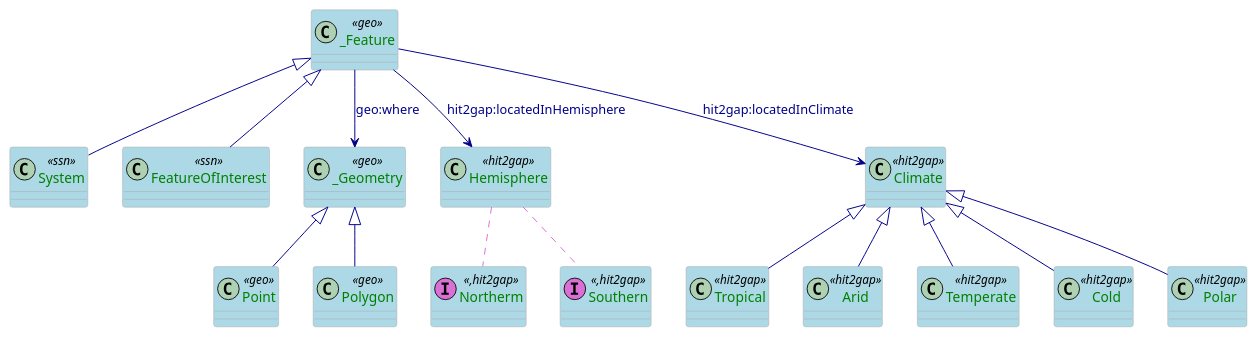
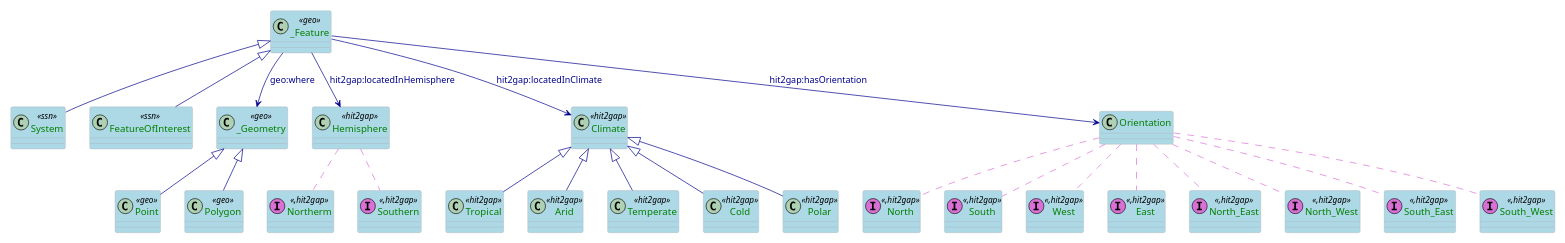
One commit to HIT2GAP-EU-PROJECT/BEMOnt changed the diagram in docs/plantuml/geo.puml. Above: the diagram before and after it, drawn with PlantUML. The commit also changed 4 other files, not shown here.

```diff
--- a/docs/plantuml/geo.puml
+++ b/docs/plantuml/geo.puml
@@ -1,58 +1,79 @@
 @startuml
+scale 0.7
 
 skinparam class {
   ArrowColor DarkBlue
   ArrowFontColor DarkBlue
   BackgroundColor LightBlue
   BorderColor DarkGrey
 }
 skinparam stereotypeCBackgroundColor Wheat
 skinparam classAttributeFontColor  Green
 
 /'
  Definition of the classes referring the SSN-core part
 '/
 class System <<ssn>>
 class FeatureOfInterest <<ssn>>
 
 /'
   Definition of the Geo-core part
 '/
 class _Feature <<geo>>
 class _Geometry <<geo>>
 class Point <<geo>>
 class Polygon <<geo>>
 class Hemisphere <<hit2gap>>
 class Climate <<hit2gap>>
 class Northerm <<(I,orchid),hit2gap>>
 class Southern <<(I,orchid),hit2gap>>
 class Tropical <<hit2gap>>
 class Arid <<hit2gap>>
 class Temperate <<hit2gap>>
 class Cold <<hit2gap>>
 class Polar <<hit2gap>>
 
+class North <<(I,orchid),hit2gap>>
+class South <<(I,orchid),hit2gap>>
+class West <<(I,orchid),hit2gap>>
+class East <<(I,orchid),hit2gap>>
+class North_East <<(I,orchid),hit2gap>>
+class North_West <<(I,orchid),hit2gap>>
+class South_East <<(I,orchid),hit2gap>>
+class South_West <<(I,orchid),hit2gap>>
+
 /'
   Definition of the geospatial part using GeoOWL ontology
 '/
 
 _Feature --> _Geometry: geo:where
 _Geometry <|-- Point
 _Geometry <|-- Polygon
 
 _Feature <|-- FeatureOfInterest
 _Feature <|-- System
 
 _Feature --> Hemisphere: hit2gap:locatedInHemisphere
 _Feature --> Climate: hit2gap:locatedInClimate
 
+_Feature --> Orientation: hit2gap:hasOrientation
+
+Orientation..[#orchid] North
+Orientation..[#orchid] South
+Orientation..[#orchid] West
+Orientation..[#orchid] East
+Orientation..[#orchid] North_East
+Orientation..[#orchid] North_West
+Orientation..[#orchid] South_East
+Orientation..[#orchid] South_West
+
 Hemisphere ..[#orchid] Northerm
 Hemisphere ..[#orchid] Southern
 
 Climate <|-- Tropical
 Climate <|-- Arid
 Climate <|-- Temperate
 Climate <|-- Cold
 Climate <|-- Polar
 
 @enduml
```
